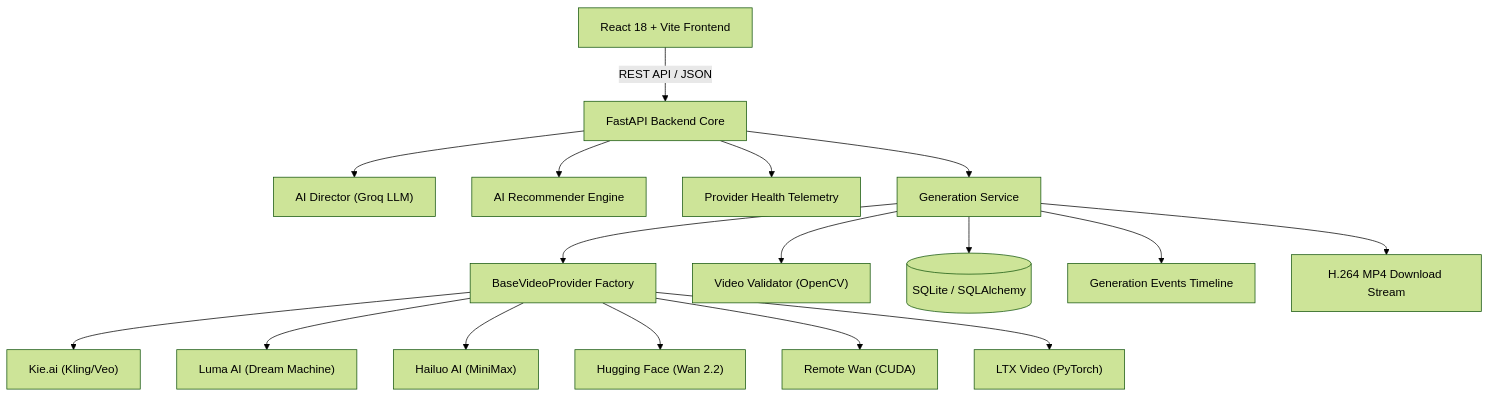
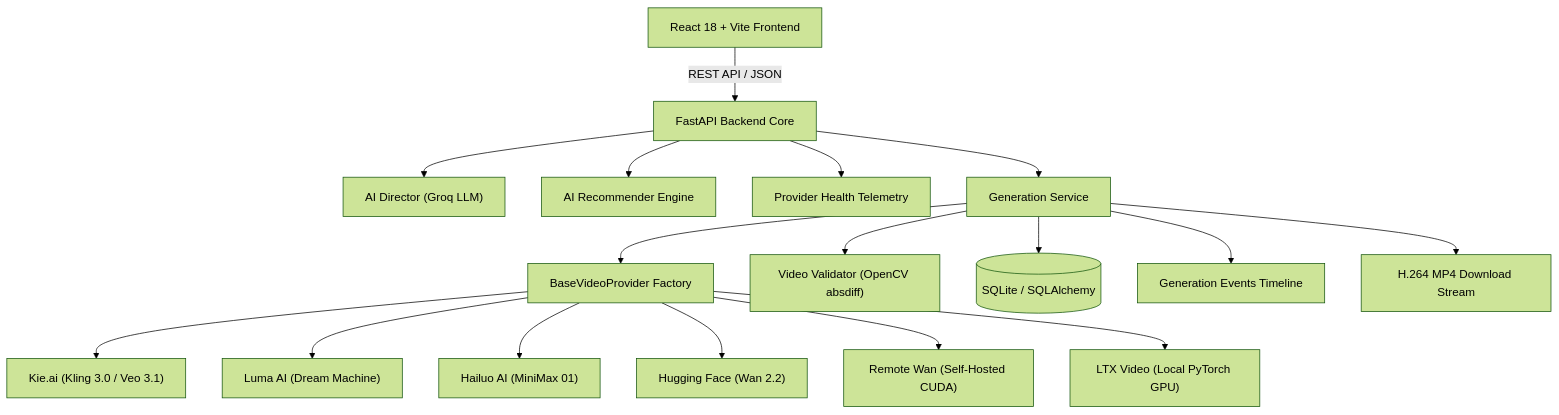
The diagram in README.md (rzvn6660/Moviq), drawn with Mermaid (forest theme) before and after one commit. The commit also changed other lines of this file, not shown here.

Commit message:
docs(readme): refactor README into concise, scannable engineering layout with badges and Mermaid architecture

````diff
--- a/README.md
+++ b/README.md
@@ -39,21 +52,21 @@
 ```mermaid
 flowchart TD
     UI["React 18 + Vite Frontend"] -->|REST API / JSON| API["FastAPI Backend Core"]
     API --> AID["AI Director (Groq LLM)"]
     API --> REC["AI Recommender Engine"]
     API --> HLT["Provider Health Telemetry"]
     API --> GEN["Generation Service"]
     GEN --> FACT["BaseVideoProvider Factory"]
     
-    FACT --> KIE["Kie.ai (Kling/Veo)"]
+    FACT --> KIE["Kie.ai (Kling 3.0 / Veo 3.1)"]
     FACT --> LUMA["Luma AI (Dream Machine)"]
-    FACT --> HAI["Hailuo AI (MiniMax)"]
+    FACT --> HAI["Hailuo AI (MiniMax 01)"]
     FACT --> HF["Hugging Face (Wan 2.2)"]
-    FACT --> RWAN["Remote Wan (CUDA)"]
-    FACT --> LTX["LTX Video (PyTorch)"]
+    FACT --> RWAN["Remote Wan (Self-Hosted CUDA)"]
+    FACT --> LTX["LTX Video (Local PyTorch GPU)"]
 
-    GEN --> VAL["Video Validator (OpenCV)"]
+    GEN --> VAL["Video Validator (OpenCV absdiff)"]
     GEN --> DB[(SQLite / SQLAlchemy)]
     GEN --> EVT["Generation Events Timeline"]
     GEN --> DL["H.264 MP4 Download Stream"]
 ```
````
